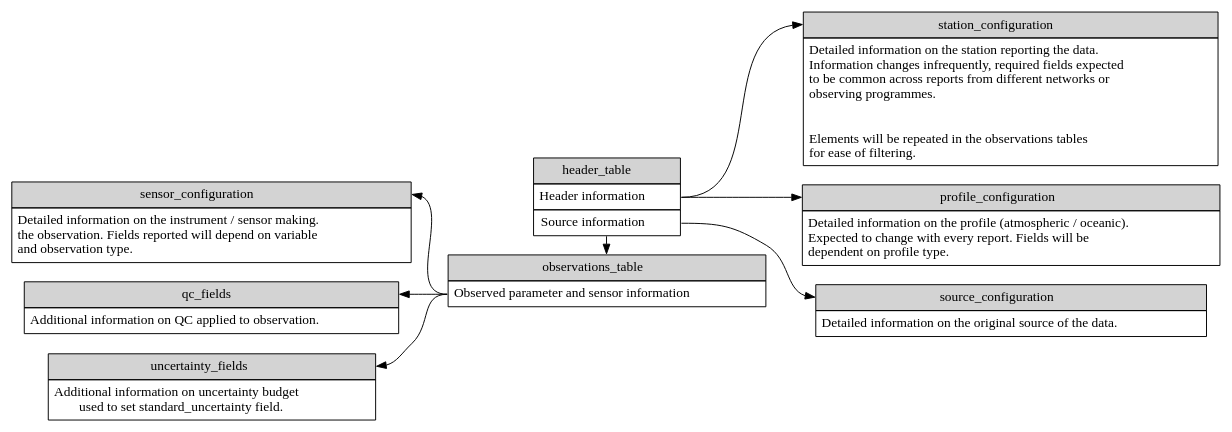
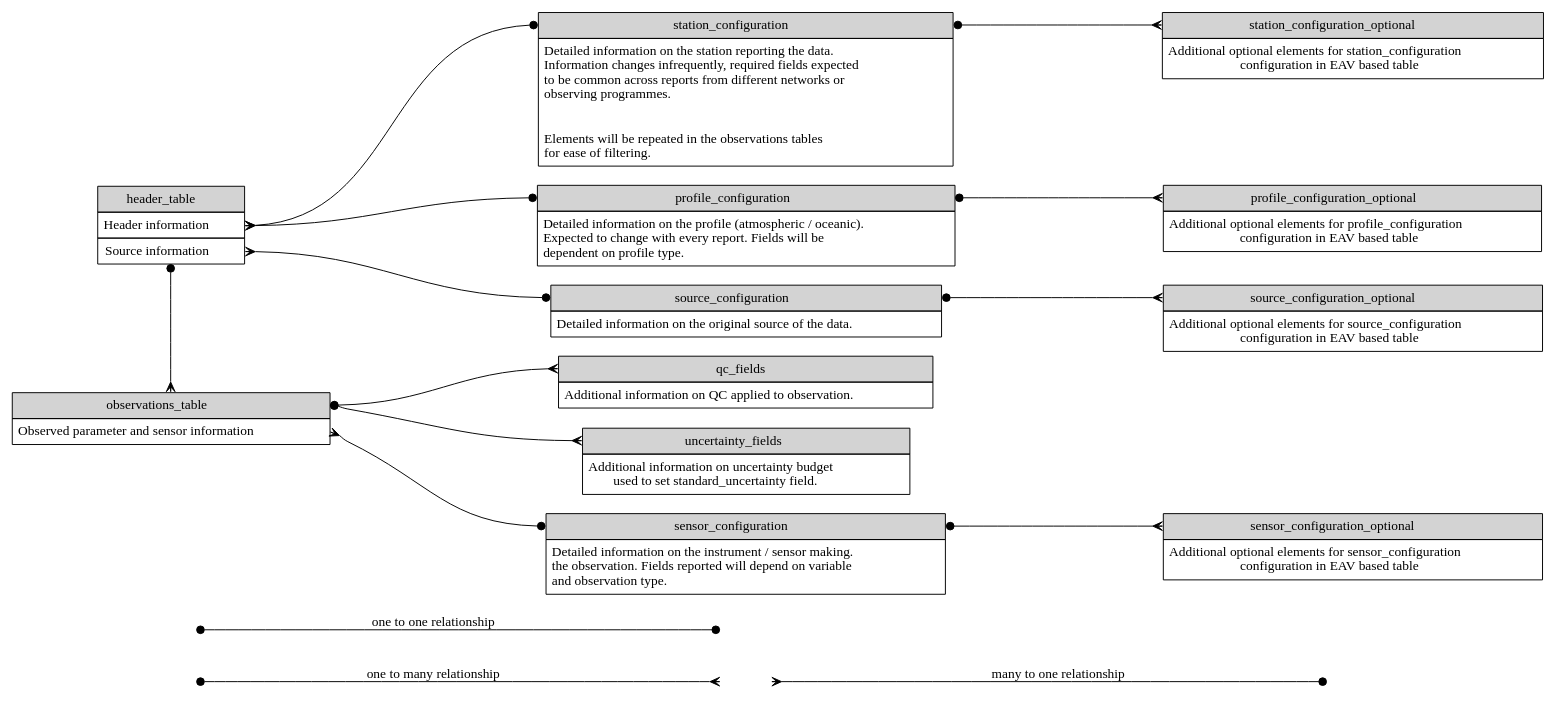
Before and after one commit to glamod/common_data_model: the diagram in graphviz/cdm_schematic_simple.gv, drawn with Graphviz. The commit also changed 66 other files, not shown here.

```diff
--- a/graphviz/cdm_schematic_simple.gv
+++ b/graphviz/cdm_schematic_simple.gv
@@ -1,70 +1,103 @@
 digraph {
   #node [color=white]
   node [margin="0.01" shape=plaintext]
   rankdir=LR;
+  n1, n2, n3, n4, n5 [style=invis]
   header_table [label=<<TABLE BORDER="0" CELLBORDER="1" CELLSPACING="0" CELLPADDING="5" COLOR="BLACK">
                                 <TR><TD PORT="head" COLSPAN="1" ALIGN="center" BGCOLOR="lightgray">header_table</TD></TR>
                                 <TR><TD PORT="header">Header information</TD></TR>
                                 <TR><TD PORT="source">Source information</TD></TR>
                              </TABLE>>]
 
   observations_table [label=<<TABLE BORDER="0" CELLBORDER="1" CELLSPACING="0" CELLPADDING="5" COLOR="BLACK">
                                 <TR><TD PORT="head" COLSPAN="1" ALIGN="center" BGCOLOR="lightgray">observations_table</TD></TR>
                                 <TR><TD PORT="sensor">Observed parameter and sensor information</TD></TR>
                              </TABLE>>]
 
 
   station_configuration [label=<<TABLE BORDER="0" CELLBORDER="1" CELLSPACING="0" CELLPADDING="5" COLOR="BLACK" WIDTH="200px">
                                 <TR><TD COLSPAN="1" ALIGN="center" BGCOLOR="lightgray" PORT="head">station_configuration</TD></TR>
                                 <TR><TD>Detailed information on the station reporting the data.<BR ALIGN="LEFT"/>
 Information changes infrequently, required fields expected<BR ALIGN="LEFT"/>
 to be common across reports from different networks or <BR ALIGN="LEFT"/>observing programmes.<BR ALIGN="LEFT"/><BR/>&nbsp;
 <BR ALIGN="LEFT"/>
 Elements will be repeated in the observations tables <BR ALIGN="left"/>for ease of filtering.<BR ALIGN="LEFT"/></TD></TR>
                              </TABLE>>]
 
 profile_configuration [label=<<TABLE BORDER="0" CELLBORDER="1" CELLSPACING="0" CELLPADDING="5" COLOR="BLACK" WIDTH="200px">
                                 <TR><TD COLSPAN="1" ALIGN="center" BGCOLOR="lightgray" PORT="head">profile_configuration</TD></TR>
                                 <TR><TD>Detailed information on the profile (atmospheric / oceanic).<BR ALIGN="LEFT"/>
 Expected to change with every report. Fields will be<BR ALIGN="LEFT"/>
 dependent on profile type.<BR ALIGN="LEFT"/></TD></TR>
                              </TABLE>>]
 
 source_configuration [label=<<TABLE BORDER="0" CELLBORDER="1" CELLSPACING="0" CELLPADDING="5" COLOR="BLACK" WIDTH="200px">
                                 <TR><TD COLSPAN="1" ALIGN="center" BGCOLOR="lightgray" PORT="head">source_configuration</TD></TR>
                                 <TR><TD>Detailed information on the original source of the data.<BR ALIGN="LEFT"/></TD></TR>
                              </TABLE>>]
 
 sensor_configuration [label=<<TABLE BORDER="0" CELLBORDER="1" CELLSPACING="0" CELLPADDING="5" COLOR="BLACK" WIDTH="200px">
                                 <TR><TD COLSPAN="1" ALIGN="center" BGCOLOR="lightgray" PORT="head">sensor_configuration</TD></TR>
                                 <TR><TD>
 Detailed information on the instrument / sensor making.<BR ALIGN="LEFT"/>
 the observation. Fields reported will depend on variable<BR ALIGN="LEFT"/>
 and observation type.<BR ALIGN="LEFT"/></TD></TR>
                              </TABLE>>]
 
 qc_fields [label=<<TABLE BORDER="0" CELLBORDER="1" CELLSPACING="0" CELLPADDING="5" COLOR="BLACK" WIDTH="200px">
                                 <TR><TD COLSPAN="1" ALIGN="center" BGCOLOR="lightgray" PORT="head">qc_fields</TD></TR>
                                 <TR><TD>Additional information on QC applied to observation.</TD></TR></TABLE>>]
 
 uncertainty_fields [label=<<TABLE BORDER="0" CELLBORDER="1" CELLSPACING="0" CELLPADDING="5" COLOR="BLACK" WIDTH="200px">
                                 <TR><TD COLSPAN="1" ALIGN="center" BGCOLOR="lightgray" PORT="head">uncertainty_fields</TD></TR>
                                 <TR><TD>
 Additional information on uncertainty budget <BR ALIGN="LEFT"/>
 used to set standard_uncertainty field.</TD></TR></TABLE>>]
 
 
+
+station_config_optional [label=<<TABLE BORDER="0" CELLBORDER="1" CELLSPACING="0" CELLPADDING="5" COLOR="BLACK" WIDTH="200px">
+                                <TR><TD COLSPAN="1" ALIGN="center" BGCOLOR="lightgray" PORT="head">station_configuration_optional</TD></TR>
+                                <TR><TD>Additional optional elements for station_configuration<BR ALIGN="LEFT"/>
+configuration in EAV based table</TD></TR></TABLE>>]
+
+source_config_optional [label=<<TABLE BORDER="0" CELLBORDER="1" CELLSPACING="0" CELLPADDING="5" COLOR="BLACK" WIDTH="200px">
+                                <TR><TD COLSPAN="1" ALIGN="center" BGCOLOR="lightgray" PORT="head">source_configuration_optional</TD></TR>
+                                <TR><TD>Additional optional elements for source_configuration<BR ALIGN="LEFT"/>
+configuration in EAV based table</TD></TR></TABLE>>]
+
+sensor_config_optional [label=<<TABLE BORDER="0" CELLBORDER="1" CELLSPACING="0" CELLPADDING="5" COLOR="BLACK" WIDTH="200px">
+                                <TR><TD COLSPAN="1" ALIGN="center" BGCOLOR="lightgray" PORT="head">sensor_configuration_optional</TD></TR>
+                                <TR><TD>Additional optional elements for sensor_configuration<BR ALIGN="LEFT"/>
+configuration in EAV based table</TD></TR></TABLE>>]
+
+profile_config_optional [label=<<TABLE BORDER="0" CELLBORDER="1" CELLSPACING="0" CELLPADDING="5" COLOR="BLACK" WIDTH="200px">
+                                <TR><TD COLSPAN="1" ALIGN="center" BGCOLOR="lightgray" PORT="head">profile_configuration_optional</TD></TR>
+                                <TR><TD>Additional optional elements for profile_configuration<BR ALIGN="LEFT"/>
+configuration in EAV based table</TD></TR></TABLE>>]
+
   
   {
     rank=same;
     header_table;
     observations_table;
   }
-  header_table -> observations_table;
-  header_table:header -> station_configuration:head;
-  header_table:header -> profile_configuration:head;
-  header_table:source -> source_configuration:head;
-  qc_fields:head -> observations_table:sensor [arrowhead=none, dir=both, arrowtail=normal];
-  uncertainty_fields:head -> observations_table:sensor [arrowhead=none, dir=both, arrowtail=normal];
-  sensor_configuration:head -> observations_table:sensor [arrowhead=none, dir=both, arrowtail=normal];
+
+  n1 -> n2 [arrowtail = dot , arrowhead = crow, dir = both, label = "one to many relationship"];
+  n2 -> n3 [arrowhead = dot , arrowtail = crow, dir = both, label = "many to one relationship"];
+  n4 -> n5 [arrowhead = dot , arrowtail = dot , dir = both, label = "one to one relationship"];
+
+  header_table -> observations_table [arrowtail=dot, arrowhead=crow, dir=both, label="      "];
+  header_table:header -> station_configuration:head [arrowtail=crow, arrowhead=dot, dir=both];
+  header_table:header -> profile_configuration:head [arrowtail=crow, arrowhead=dot, dir=both];
+  header_table:source -> source_configuration:head [arrowtail=crow, arrowhead=dot, dir=both];
+
+  observations_table:head -> qc_fields:head [arrowtail=dot, dir=both, arrowhead=crow];
+  observations_table:head -> uncertainty_fields:head [arrowtail=dot, dir=both, arrowhead=crow];
+  observations_table:sensor -> sensor_configuration:head [arrowtail=crow, dir=both, arrowhead=dot];
+
+  station_configuration:head -> station_config_optional:head [arrowhead=crow, arrowtail=dot, dir=both];
+  source_configuration:head -> source_config_optional:head [arrowhead=crow, arrowtail=dot, dir=both];
+  profile_configuration:head -> profile_config_optional:head [arrowhead=crow, arrowtail=dot, dir=both];
+  sensor_configuration:head -> sensor_config_optional:head [arrowhead=crow, arrowtail=dot, dir=both];
 }
```
